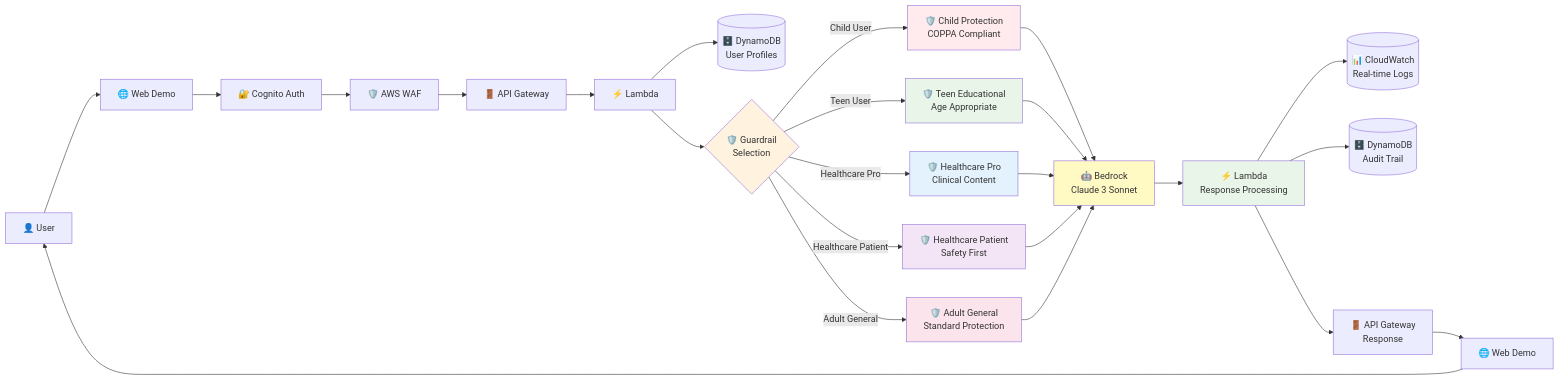
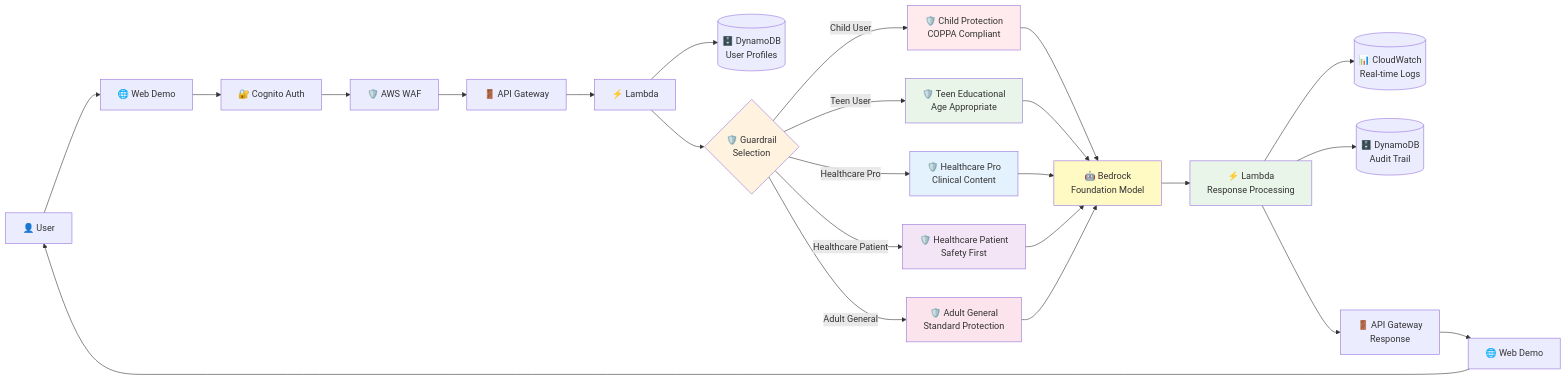
One commit to aws-samples/sample-age-responsive-context-aware-ai-bedrock-guardrails changed the second of 2 diagrams in README.md. Above: the diagram before and after it, drawn with Mermaid. The commit also changed other lines of this file, not shown here.

````diff
--- a/README.md
+++ b/README.md
@@ -241,41 +239,41 @@
 ```mermaid
 flowchart LR
     U[👤 User] --> W[🌐 Web Demo]
     W --> C[🔐 Cognito Auth]
     C --> WAF[🛡️ AWS WAF]
     WAF --> A[🚪 API Gateway]
     A --> L[⚡ Lambda]
     
     L --> D[(🗄️ DynamoDB<br/>User Profiles)]
     L --> GS{🛡️ Guardrail<br/>Selection}
     
     GS -->|Child User| G1[🛡️ Child Protection<br/>COPPA Compliant]
     GS -->|Teen User| G2[🛡️ Teen Educational<br/>Age Appropriate]
     GS -->|Healthcare Pro| G3[🛡️ Healthcare Pro<br/>Clinical Content]
     GS -->|Healthcare Patient| G4[🛡️ Healthcare Patient<br/>Safety First]
     GS -->|Adult General| G5[🛡️ Adult General<br/>Standard Protection]
     
-    G1 --> B[🤖 Bedrock<br/>Claude 3 Sonnet]
+    G1 --> B[🤖 Bedrock<br/>Foundation Model]
     G2 --> B
     G3 --> B
     G4 --> B
     G5 --> B
     
     B --> L2[⚡ Lambda<br/>Response Processing]
     
     L2 --> CW[(📊 CloudWatch<br/>Real-time Logs)]
     L2 --> DA[(🗄️ DynamoDB<br/>Audit Trail)]
     L2 --> A2[🚪 API Gateway<br/>Response]
     
     A2 --> W2[🌐 Web Demo]
     W2 --> U
     
     style GS fill:#fff3e0
     style G1 fill:#ffebee
     style G2 fill:#e8f5e8
     style G3 fill:#e3f2fd
     style G4 fill:#f3e5f5
     style G5 fill:#fce4ec
     style B fill:#fff9c4
     style L2 fill:#e8f5e8
 ```
````
